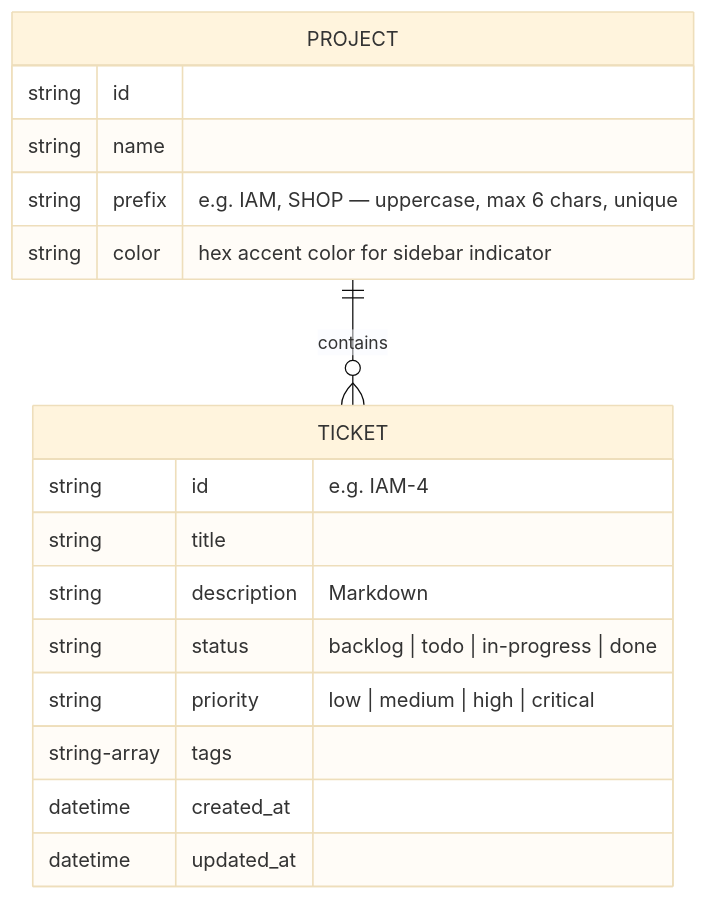
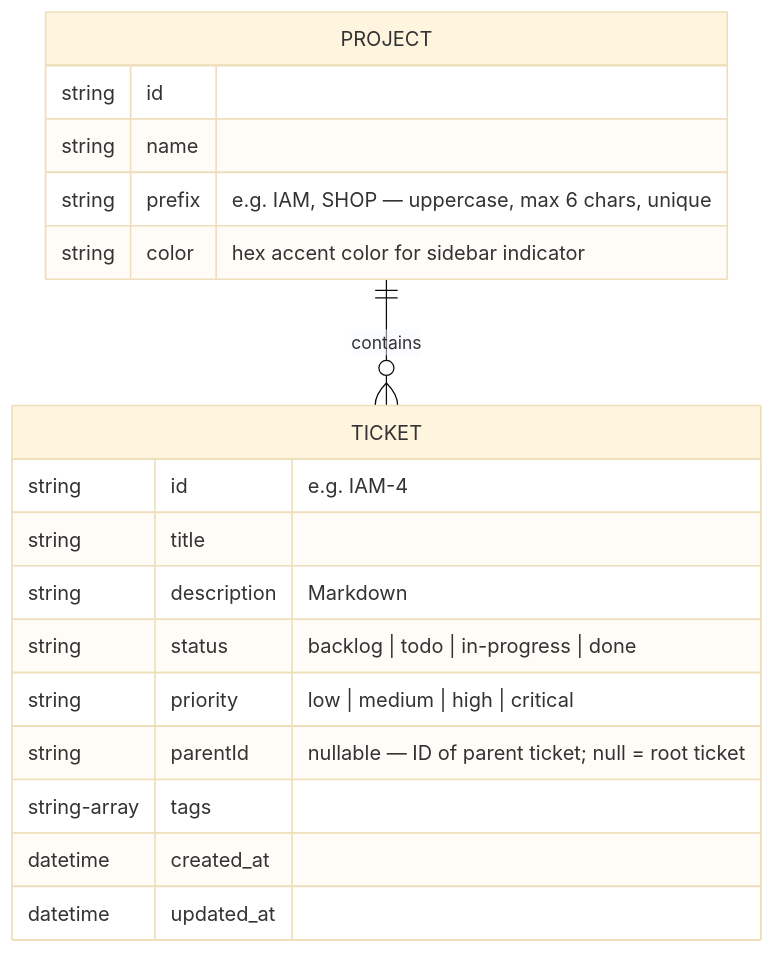
The diagram in docs/ba-kanban-ui-spec.md (iamcaominhtien/kanban-board-mcp), drawn with Mermaid (base theme) before and after one commit. The commit also changed other lines of this file and 52 other files, not shown here.

````diff
--- a/docs/ba-kanban-ui-spec.md
+++ b/docs/ba-kanban-ui-spec.md
@@ -56,20 +61,21 @@
 ```mermaid
 erDiagram
     PROJECT ||--o{ TICKET : contains
     PROJECT {
         string id
         string name
         string prefix "e.g. IAM, SHOP — uppercase, max 6 chars, unique"
         string color "hex accent color for sidebar indicator"
     }
     TICKET {
         string id "e.g. IAM-4"
         string title
         string description "Markdown"
         string status "backlog | todo | in-progress | done"
         string priority "low | medium | high | critical"
+        string parentId "nullable — ID of parent ticket; null = root ticket"
         string-array tags
         datetime created_at
         datetime updated_at
     }
 ```
````
